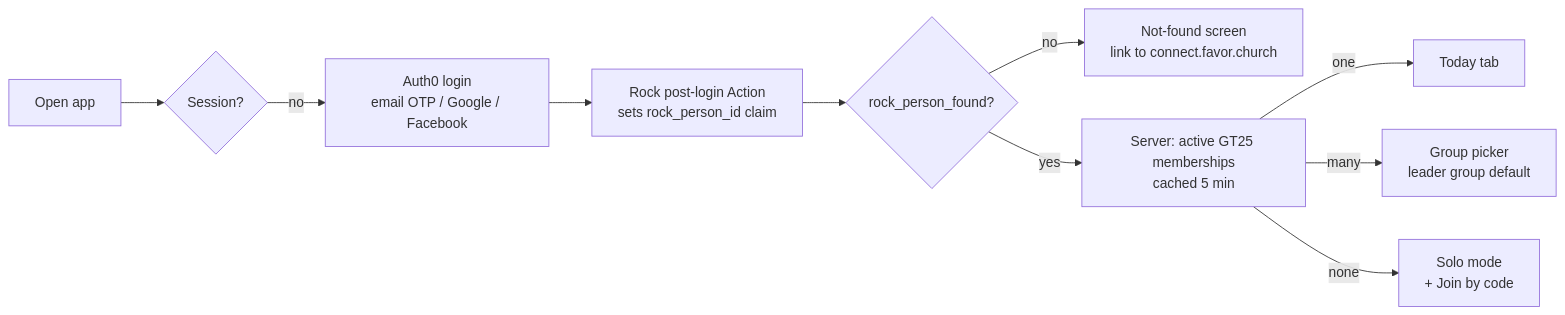
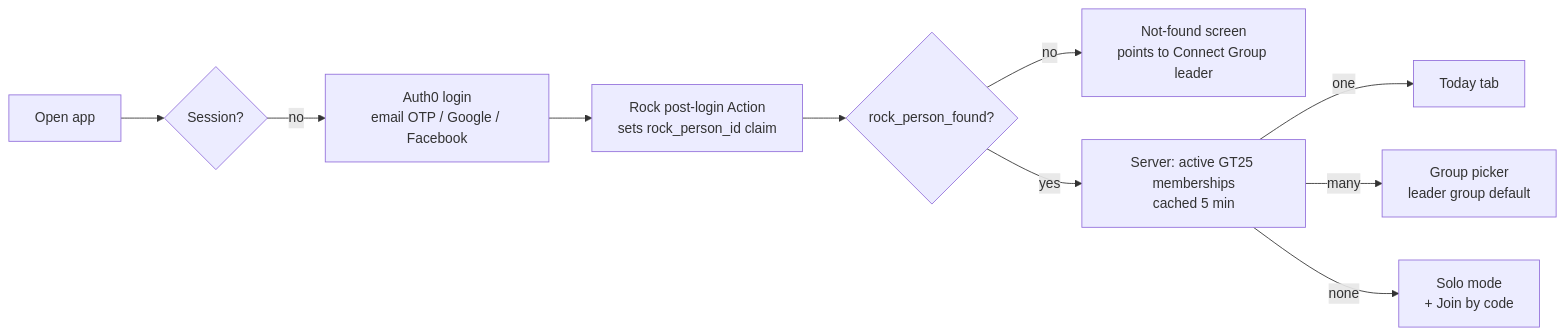
Before and after one commit to favorchurch/readmybible-app.favor.church: the first of 4 diagrams in intent/FLOWS.md, drawn with Mermaid. The commit also changed 5 other files, not shown here.

First line of the commit message:
fix: stop showing connect.favor.church to members and the public

````diff
--- a/intent/FLOWS.md
+++ b/intent/FLOWS.md
@@ -5,12 +5,12 @@
 ```mermaid
 flowchart LR
   A[Open app] --> B{Session?}
   B -- no --> C[Auth0 login<br/>email OTP / Google / Facebook]
   C --> D[Rock post-login Action<br/>sets rock_person_id claim]
   D --> E{rock_person_found?}
-  E -- no --> F[Not-found screen<br/>link to connect.favor.church]
+  E -- no --> F[Not-found screen<br/>points to Connect Group leader]
   E -- yes --> G[Server: active GT25 memberships<br/>cached 5 min]
   G -- one --> H[Today tab]
   G -- many --> I[Group picker<br/>leader group default]
   G -- none --> J[Solo mode<br/>+ Join by code]
 ```
````
